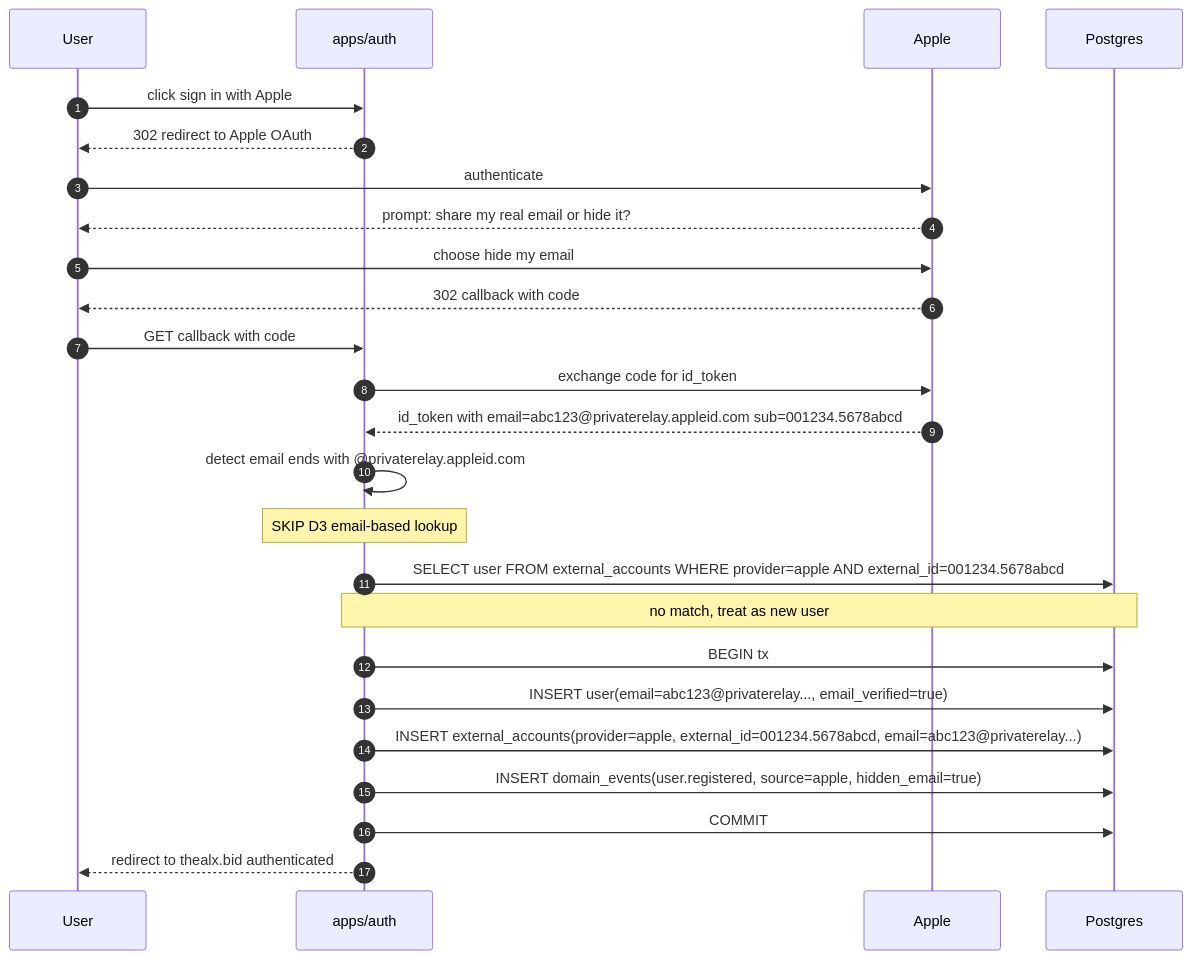
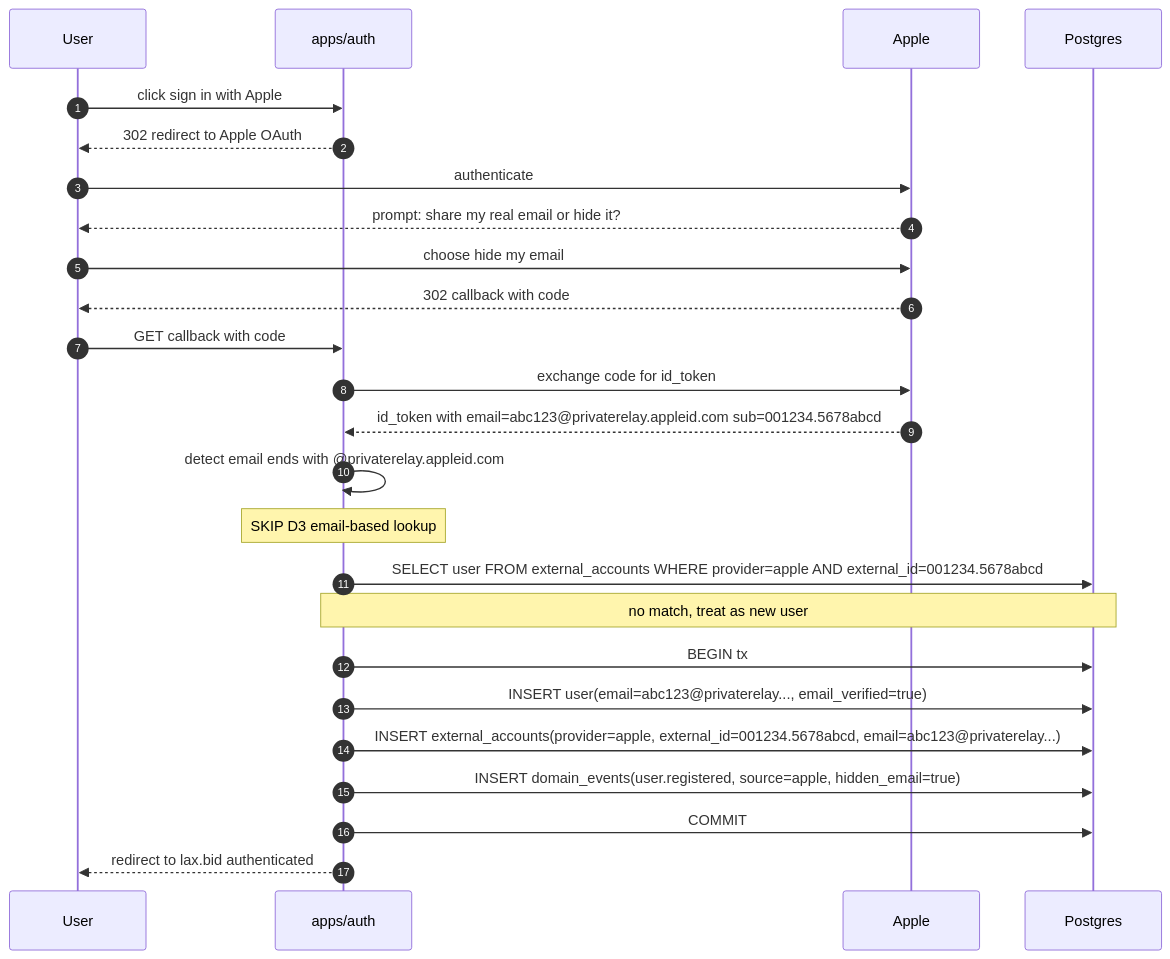
The third of 3 diagrams in docs/architecture/05-identity-flow.md (LAX-UK/monorepo), drawn with Mermaid before and after one commit. The commit also changed other lines of this file and 19 other files, not shown here.

First line of the commit message:
chore: rename thealx.bid → lax.bid across docs, env, and webhooks

````diff
--- a/docs/architecture/05-identity-flow.md
+++ b/docs/architecture/05-identity-flow.md
@@ -117,28 +117,28 @@
 ```mermaid
 sequenceDiagram
   autonumber
   participant U as User
   participant A as apps/auth
   participant Apple as Apple
   participant DB as Postgres
 
   U->>A: click sign in with Apple
   A-->>U: 302 redirect to Apple OAuth
   U->>Apple: authenticate
   Apple-->>U: prompt: share my real email or hide it?
   U->>Apple: choose hide my email
   Apple-->>U: 302 callback with code
   U->>A: GET callback with code
   A->>Apple: exchange code for id_token
   Apple-->>A: id_token with email=abc123@privaterelay.appleid.com sub=001234.5678abcd
   A->>A: detect email ends with @privaterelay.appleid.com
   Note over A: SKIP D3 email-based lookup
   A->>DB: SELECT user FROM external_accounts WHERE provider=apple AND external_id=001234.5678abcd
   Note over A,DB: no match, treat as new user
   A->>DB: BEGIN tx
   A->>DB: INSERT user(email=abc123@privaterelay..., email_verified=true)
   A->>DB: INSERT external_accounts(provider=apple, external_id=001234.5678abcd, email=abc123@privaterelay...)
   A->>DB: INSERT domain_events(user.registered, source=apple, hidden_email=true)
   A->>DB: COMMIT
-  A-->>U: redirect to thealx.bid authenticated
+  A-->>U: redirect to lax.bid authenticated
 ```
````
